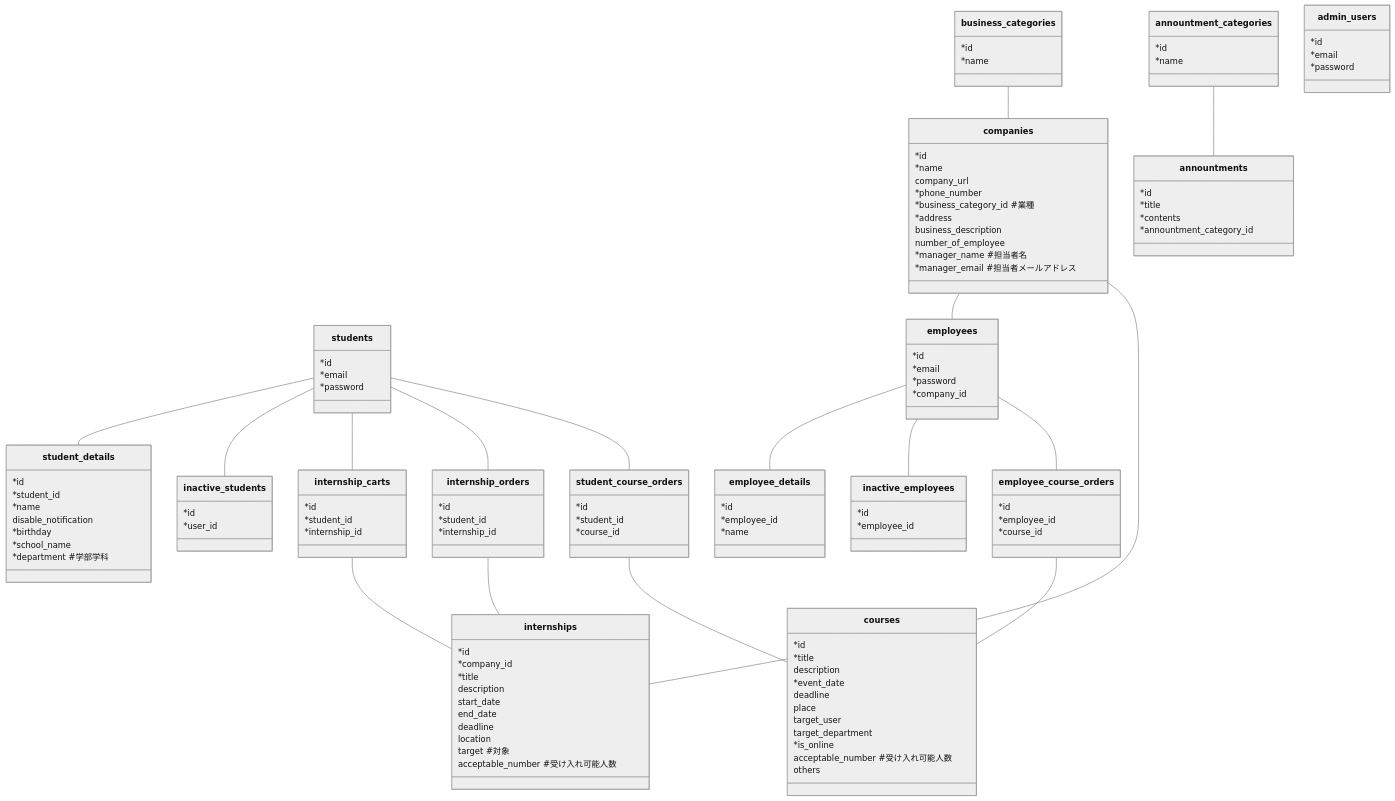
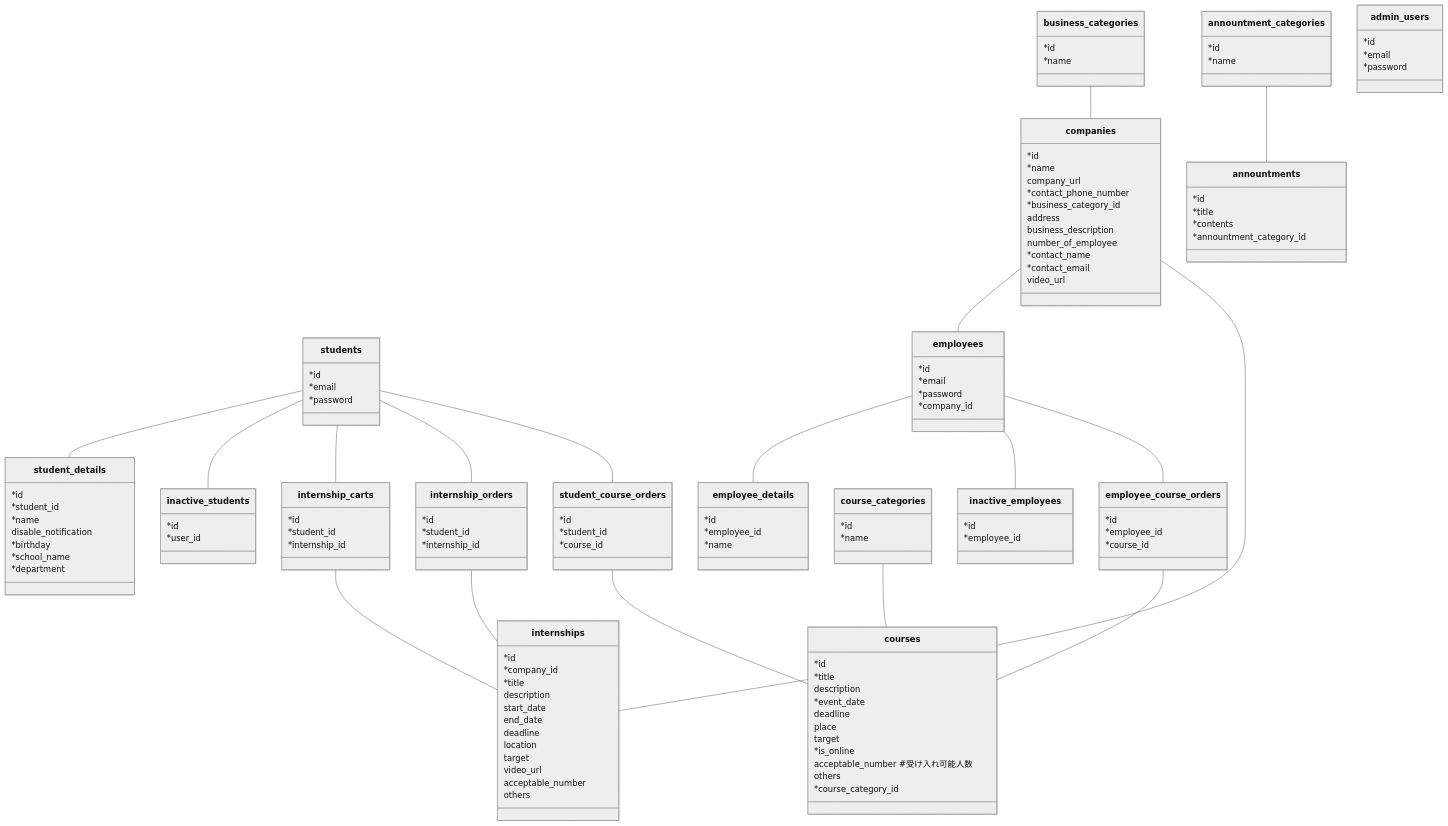
One commit to youichiro/nagaoka-internship-site changed the diagram in docs/schema.md. Above: the diagram before and after it, drawn with Mermaid.

```diff
--- a/docs/schema.md
+++ b/docs/schema.md
@@ -16,6 +16,7 @@
   internship_carts -- internships
   internship_orders -- internships
 
+  course_categories -- courses
   students -- student_course_orders
   student_course_orders -- courses
   employees -- employee_course_orders
@@ -47,7 +48,7 @@
     disable_notification
     *birthday
     *school_name
-    *department #学部学科
+    *department
   }
 
   class employees {
@@ -72,13 +73,14 @@
     *id
     *name
     company_url
-    *phone_number
-    *business_category_id #業種
-    *address
+    *contact_phone_number
+    *business_category_id
+    address
     business_description
     number_of_employee
-    *manager_name #担当者名
-    *manager_email #担当者メールアドレス
+    *contact_name
+    *contact_email
+    video_url
   }
 
   class business_categories {
@@ -95,8 +97,10 @@
     end_date
     deadline
     location
-    target #対象
-    acceptable_number #受け入れ可能人数
+    target
+    video_url
+    acceptable_number
+    others
   }
 
   class internship_carts {
@@ -111,6 +115,11 @@
     *internship_id
   }
 
+  class course_categories {
+    *id
+    *name
+  }
+
   class courses {
     *id
     *title
@@ -118,11 +127,11 @@
     *event_date
     deadline
     place
-    target_user
-    target_department
+    target
     *is_online
     acceptable_number #受け入れ可能人数
     others
+    *course_category_id
   }
 
   class student_course_orders {
```
